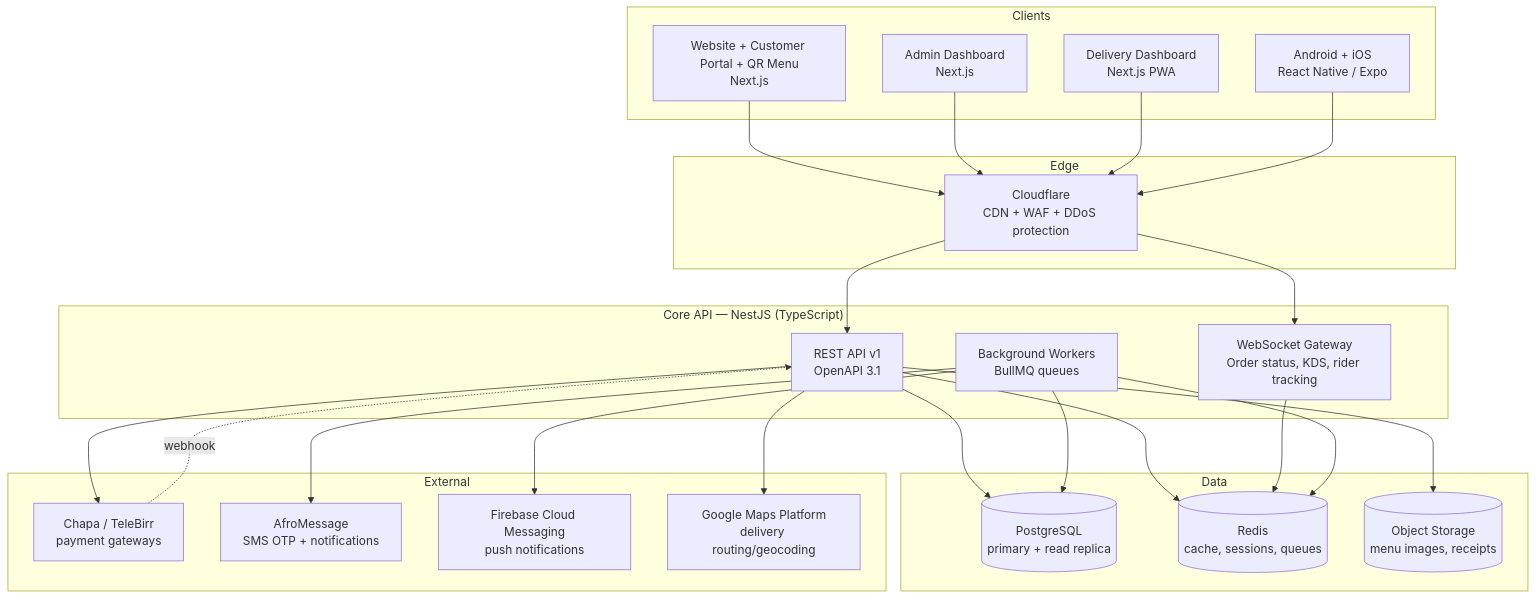
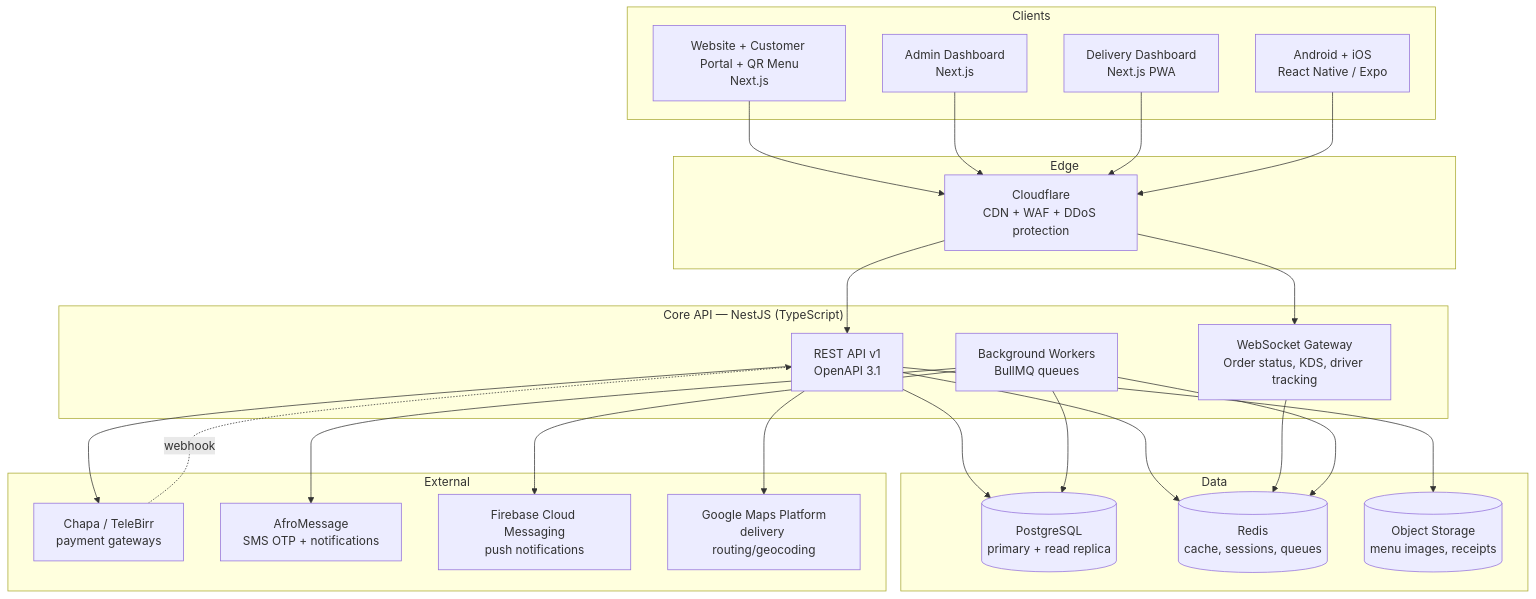
Before and after one commit to abukihayredin3-creator/fresh-cup: the diagram in fresh-cup-platform/docs/ARCHITECTURE.md, drawn with Mermaid. The commit also changed other lines of this file and 20 other files, not shown here.

````diff
--- a/fresh-cup-platform/docs/ARCHITECTURE.md
+++ b/fresh-cup-platform/docs/ARCHITECTURE.md
@@ -33,52 +33,52 @@
 ```mermaid
 flowchart TB
     subgraph Clients
         WEB[Website + Customer Portal + QR Menu\nNext.js]
         ADMIN[Admin Dashboard\nNext.js]
         DELIVERY[Delivery Dashboard\nNext.js PWA]
         MOBILE[Android + iOS\nReact Native / Expo]
     end
 
     subgraph Edge
         CF[Cloudflare\nCDN + WAF + DDoS protection]
     end
 
     subgraph Backend["Core API — NestJS (TypeScript)"]
         REST[REST API v1\nOpenAPI 3.1]
-        WS[WebSocket Gateway\nOrder status, KDS, rider tracking]
+        WS[WebSocket Gateway\nOrder status, KDS, driver tracking]
         WORKER[Background Workers\nBullMQ queues]
     end
 
     subgraph Data
         PG[(PostgreSQL\nprimary + read replica)]
         REDIS[(Redis\ncache, sessions, queues)]
         S3[(Object Storage\nmenu images, receipts)]
     end
 
     subgraph External
         CHAPA[Chapa / TeleBirr\npayment gateways]
         SMS[AfroMessage\nSMS OTP + notifications]
         FCM[Firebase Cloud Messaging\npush notifications]
         MAPS[Google Maps Platform\ndelivery routing/geocoding]
     end
 
     WEB --> CF
     ADMIN --> CF
     DELIVERY --> CF
     MOBILE --> CF
     CF --> REST
     CF --> WS
 
     REST --> PG
     REST --> REDIS
     REST --> S3
     WS --> REDIS
     WORKER --> PG
     WORKER --> REDIS
     WORKER --> SMS
     WORKER --> FCM
 
     REST --> CHAPA
     REST --> MAPS
     CHAPA -. webhook .-> REST
 ```
````
